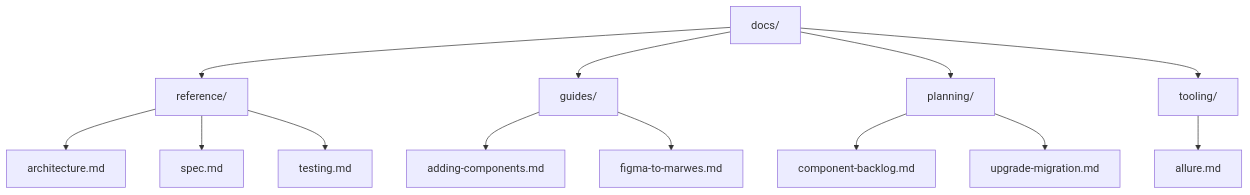
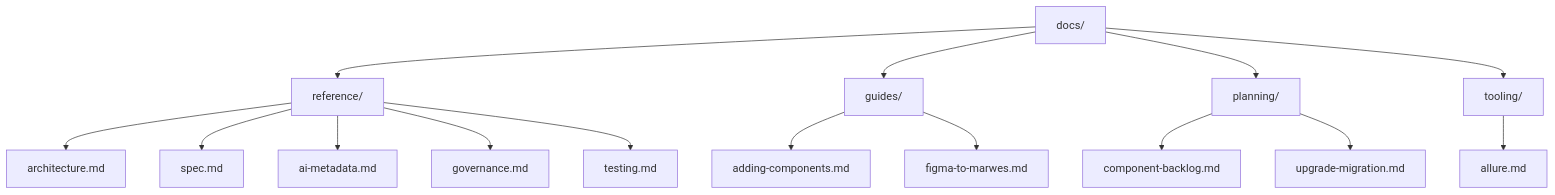
Before and after one commit to niklas-westman/marwes: the first of 2 diagrams in docs/README.md, drawn with Mermaid. The commit also changed other lines of this file and 46 other files, not shown here.

````diff
--- a/docs/README.md
+++ b/docs/README.md
@@ -17,20 +19,22 @@
 ```mermaid
 graph TD
   Docs[docs/]
   Docs --> Reference[reference/]
   Docs --> Guides[guides/]
   Docs --> Planning[planning/]
   Docs --> Tooling[tooling/]
 
   Reference --> Architecture[architecture.md]
   Reference --> Spec[spec.md]
+  Reference --> AIMetadata[ai-metadata.md]
+  Reference --> Governance[governance.md]
   Reference --> Testing[testing.md]
 
   Guides --> Adding[adding-components.md]
   Guides --> Figma[figma-to-marwes.md]
 
   Planning --> Backlog[component-backlog.md]
   Planning --> Migration[upgrade-migration.md]
 
   Tooling --> Allure[allure.md]
 ```
````
